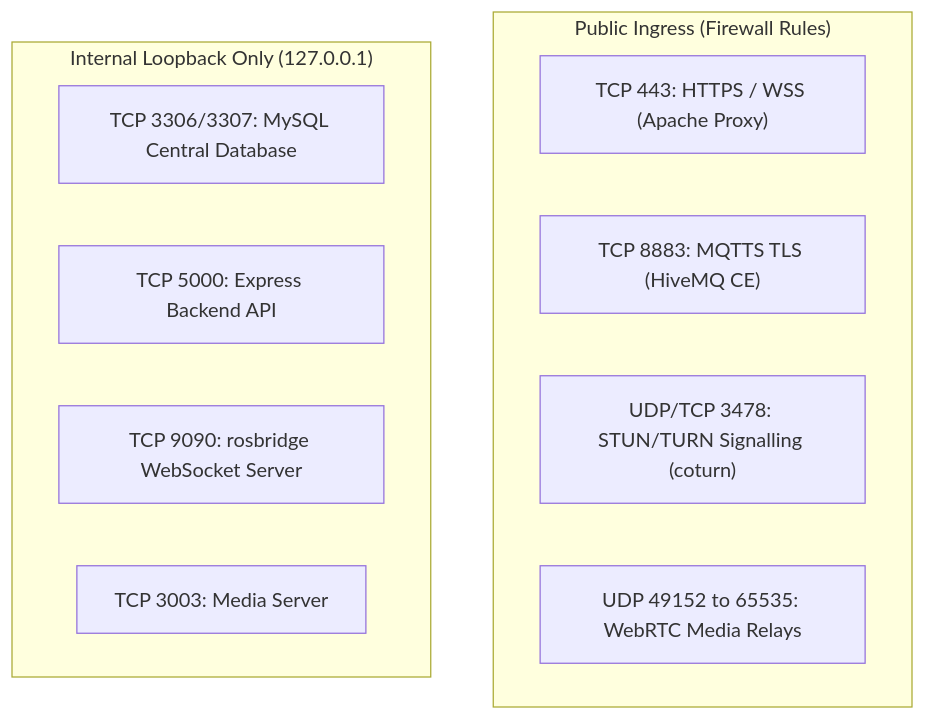
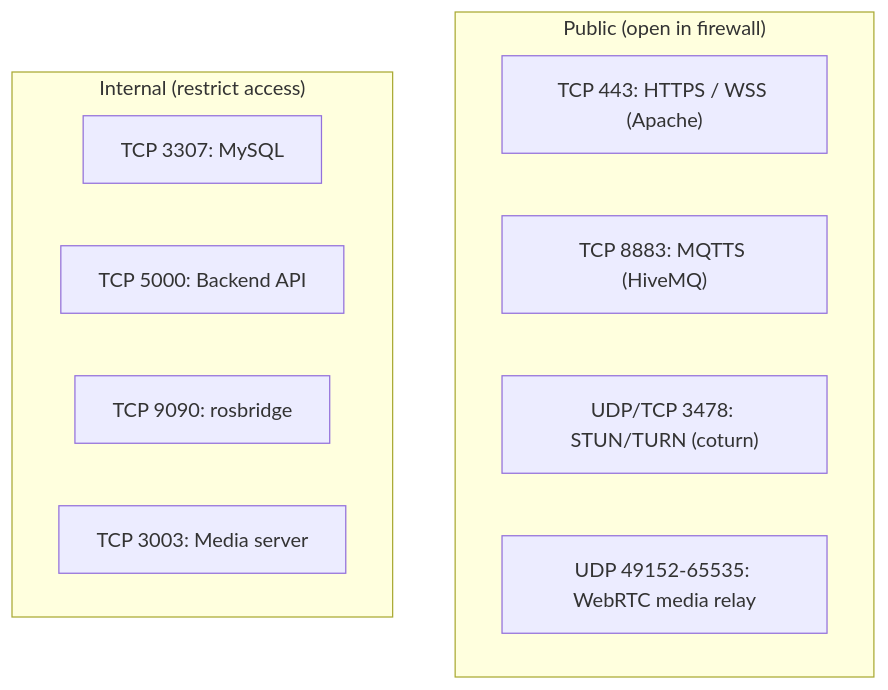
Before and after one commit to itbdelaboprogramming/msd700_documentation: the second of 2 diagrams in docs/setup/prerequisites.md, drawn with Mermaid. The commit also changed other lines of this file and 110 other files, not shown here.

````diff
--- a/docs/setup/prerequisites.md
+++ b/docs/setup/prerequisites.md
@@ -57,16 +56,16 @@
 ```mermaid
 flowchart TD
-  subgraph PublicIngress["Public Ingress (Firewall Rules)"]
-    P443["TCP 443: HTTPS / WSS (Apache Proxy)"]
-    P8883["TCP 8883: MQTTS TLS (HiveMQ CE)"]
-    P3478["UDP/TCP 3478: STUN/TURN Signalling (coturn)"]
-    PRANGE["UDP 49152 to 65535: WebRTC Media Relays"]
+  subgraph PublicIngress["Public (open in firewall)"]
+    P443["TCP 443: HTTPS / WSS (Apache)"]
+    P8883["TCP 8883: MQTTS (HiveMQ)"]
+    P3478["UDP/TCP 3478: STUN/TURN (coturn)"]
+    PRANGE["UDP 49152-65535: WebRTC media relay"]
   end
 
-  subgraph LocalLoopback["Internal Loopback Only (127.0.0.1)"]
-    P3306["TCP 3306/3307: MySQL Central Database"]
-    P5000["TCP 5000: Express Backend API"]
-    P9090["TCP 9090: rosbridge WebSocket Server"]
-    P3003["TCP 3003: Media Server"]
+  subgraph LocalLoopback["Internal (restrict access)"]
+    P3306["TCP 3307: MySQL"]
+    P5000["TCP 5000: Backend API"]
+    P9090["TCP 9090: rosbridge"]
+    P3003["TCP 3003: Media server"]
   end
 ```
````
